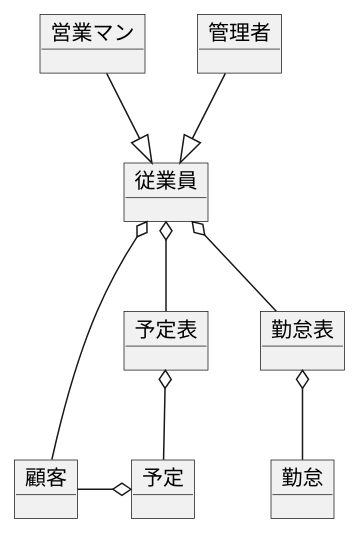
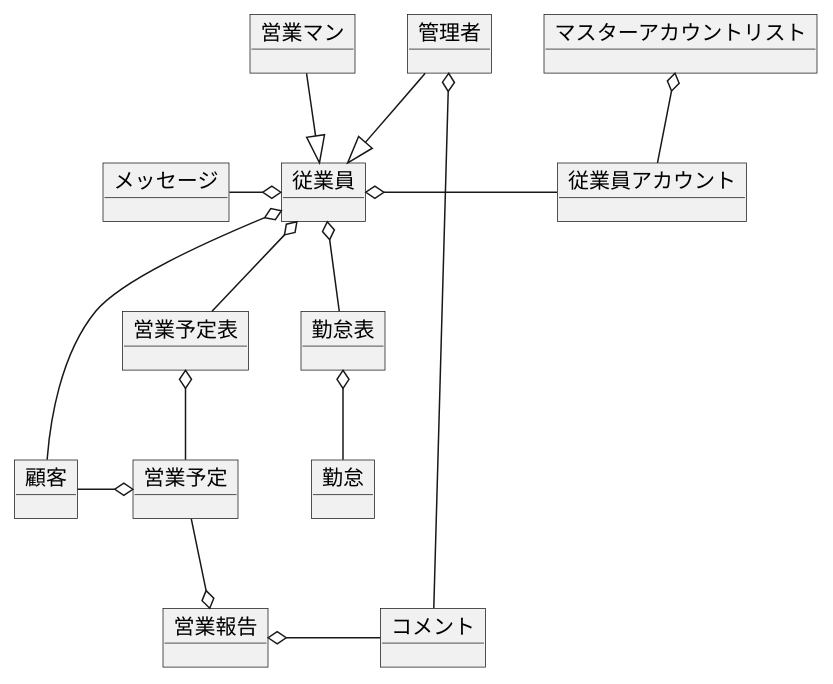
One commit to k42un0k0/k42un0k0force changed the diagram in doc/v1.0.0/ドメインモデル.pu. Above: the diagram before and after it, drawn with PlantUML. The commit also changed 2 other files, not shown here.

Commit message:
docs(doc): :memo: update domain model and usecase diagram
    make usecase diagram with domain model and update domain model with usecase diagram

```diff
--- a/doc/v1.0.0/ドメインモデル.pu
+++ b/doc/v1.0.0/ドメインモデル.pu
@@ -1,22 +1,33 @@
 @startuml ドメインモデル
 
 object 営業マン
 object 管理者
 object 従業員
 
 object 顧客
-object 予定表
-object 予定
+object 営業予定表
+object 営業予定
+object 営業報告
+object コメント
 object 勤怠表
 object 勤怠
+object メッセージ
+object 従業員アカウント
+object マスターアカウントリスト
 
 営業マン --|> 従業員
-管理者 --|> 従業員 
+管理者 --|> 従業員
+従業員 o-right- 従業員アカウント
+マスターアカウントリスト o-- 従業員アカウント
+従業員 o-left- メッセージ
 従業員 o-- 顧客
-従業員 o-- 予定表
-予定表 o-- 予定
-予定 o-left- 顧客
+従業員 o-- 営業予定表
+営業予定表 o-- 営業予定
+営業予定 o-left- 顧客
+営業報告 o-up- 営業予定
 従業員 o-- 勤怠表
 勤怠表 o-- 勤怠
+管理者 o-- コメント
+営業報告 o-right- コメント
 
 @enduml
```
